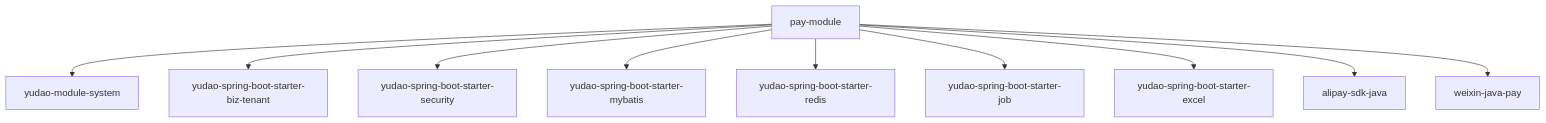
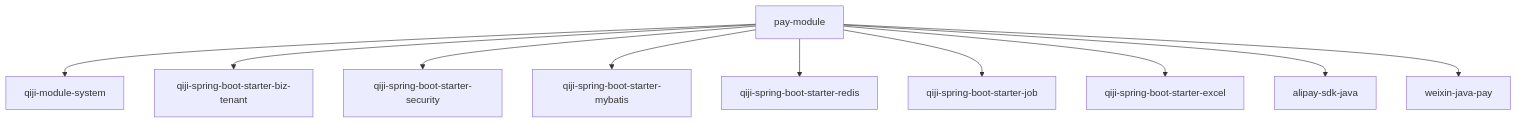
The ninth of 9 diagrams in backend/.qoder/repowiki/zh/content/核心业务模块/支付系统模块/支付系统模块.md (zhuangpengLI/AgenticCPS), drawn with Mermaid before and after one commit. The commit also changed other lines of this file and 3489 other files, not shown here.

````diff
--- a/backend/.qoder/repowiki/zh/content/核心业务模块/支付系统模块/支付系统模块.md
+++ b/backend/.qoder/repowiki/zh/content/核心业务模块/支付系统模块/支付系统模块.md
@@ -320,12 +320,12 @@
 ```mermaid
 graph TB
-PM[pay-module] --> SYS[yudao-module-system]
-PM --> T[yudao-spring-boot-starter-biz-tenant]
-PM --> SEC[yudao-spring-boot-starter-security]
-PM --> MB[yudao-spring-boot-starter-mybatis]
-PM --> R[yudao-spring-boot-starter-redis]
-PM --> JOB[yudao-spring-boot-starter-job]
-PM --> EX[yudao-spring-boot-starter-excel]
+PM[pay-module] --> SYS[qiji-module-system]
+PM --> T[qiji-spring-boot-starter-biz-tenant]
+PM --> SEC[qiji-spring-boot-starter-security]
+PM --> MB[qiji-spring-boot-starter-mybatis]
+PM --> R[qiji-spring-boot-starter-redis]
+PM --> JOB[qiji-spring-boot-starter-job]
+PM --> EX[qiji-spring-boot-starter-excel]
 PM --> ALI[alipay-sdk-java]
 PM --> WX[weixin-java-pay]
 ```
````
